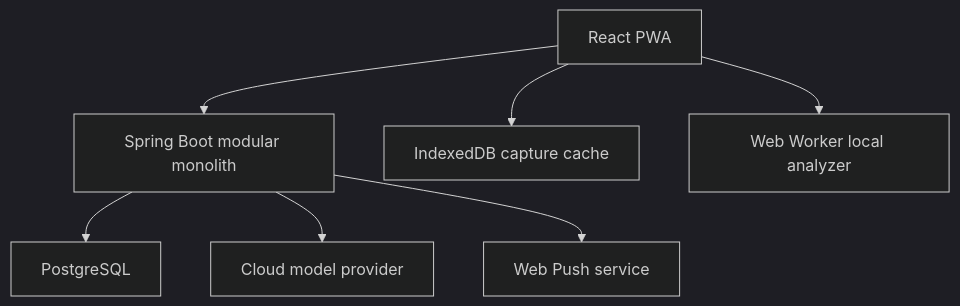
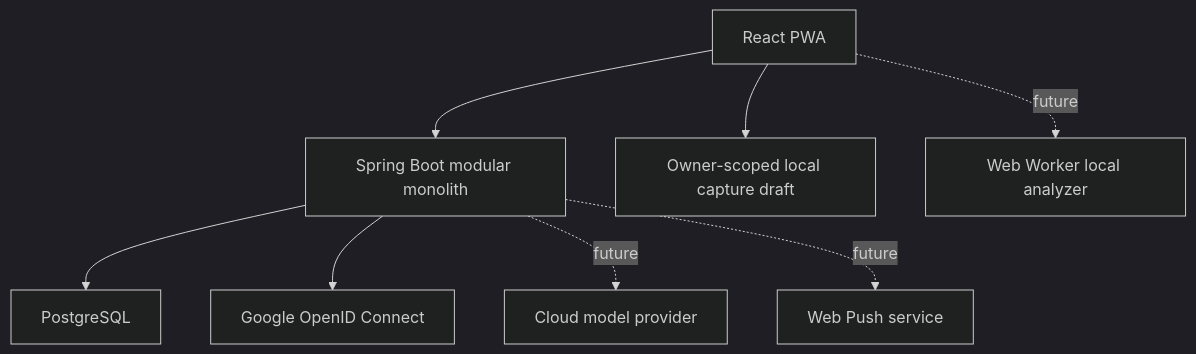
The diagram in docs/ARCHITECTURE.md (jnpyo/personal-memo), drawn with Mermaid (dark theme) before and after one commit. The commit also changed other lines of this file and 156 other files, not shown here.

````diff
--- a/docs/ARCHITECTURE.md
+++ b/docs/ARCHITECTURE.md
@@ -9,9 +9,10 @@
 ```mermaid
 flowchart TD
     PWA["React PWA"] --> API["Spring Boot modular monolith"]
-    PWA --> IDB["IndexedDB capture cache"]
-    PWA --> Worker["Web Worker local analyzer"]
+    PWA --> Draft["Owner-scoped local capture draft"]
+    PWA -. future .-> Worker["Web Worker local analyzer"]
     API --> DB["PostgreSQL"]
-    API --> Cloud["Cloud model provider"]
-    API --> Push["Web Push service"]
+    API --> Google["Google OpenID Connect"]
+    API -. future .-> Cloud["Cloud model provider"]
+    API -. future .-> Push["Web Push service"]
 ```
````
